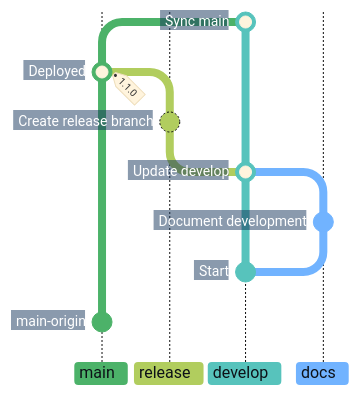
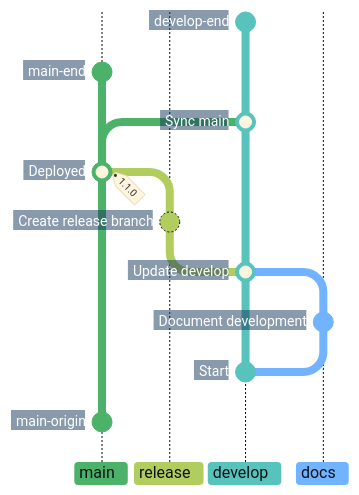
One commit to superhero/operations.superduper.solutions changed the fifth of 7 diagrams in docs/adr/cicd.md. Above: the diagram before and after it, drawn with Mermaid. The commit also changed other lines of this file, not shown here.

First line of the commit message:
docs: show permanent branches continuing beyond final merges

````diff
--- a/docs/adr/cicd.md
+++ b/docs/adr/cicd.md
@@ -188,27 +208,32 @@
 ```mermaid
-%%{init: {"theme": "base", "themeCSS": "line.branch { stroke: #8B949E; stroke-width: 1px; stroke-dasharray: 1 4; stroke-linecap: round; } .branchLabel, .tag-label { font-weight: 700; } .tag-label-bkg, .commit-label-bkg { opacity: 0.9; } .tag-label-bkg { fill: #B8E6C4; stroke: #8ED3A2; } .branchLabelBkg { opacity: 1; clip-path: inset(0 8px 0 0 round 4px) fill-box; } .commit-labels g:nth-last-of-type(-n+2), .commit.main-origin { visibility: hidden; } path.arrow2:not(.arrow2 ~ .arrow2) { filter: drop-shadow(0 50px 0 #57C3BC); } .commit-labels g { transform-box: fill-box; transform-origin: calc(100% + 17px) calc(50% + 2px); transform: rotate(-10deg); } .commit-label { font-weight: 700; transform: translateX(-8px); } .commit-label-bkg { stroke: #17365D; stroke-width: 20px; transform: translateX(-5px); clip-path: polygon(-4px -4px, calc(100% + 4px) -4px, calc(100% + 10px) 50%, calc(100% + 4px) calc(100% + 4px), -4px calc(100% + 4px)) fill-box; } .commit.branch { stroke: #B1CD5E; stroke-dasharray: none; }", "gitGraph": {"showCommitLabel": true, "rotateCommitLabel": false}, "themeVariables": {
+%%{init: {"theme": "base", "themeCSS": "line.branch { stroke: #8B949E; stroke-width: 1px; stroke-dasharray: 1 4; stroke-linecap: round; } .branchLabel, .tag-label { font-weight: 700; } .tag-label-bkg, .commit-label-bkg { opacity: 0.9; } .tag-label-bkg { fill: #B8E6C4; stroke: #8ED3A2; } .branchLabelBkg { opacity: 1; clip-path: inset(0 8px 0 0 round 4px) fill-box; } .commit-labels g:nth-last-of-type(-n+2), .commit.main-origin { visibility: hidden; } path.arrow2:not(.arrow2 ~ .arrow2) { filter: drop-shadow(0 50px 0 #57C3BC); } .commit-labels g:nth-of-type(-n+2), .commit.main-end, .commit.develop-end { visibility: hidden; } .commit-arrows path.arrow0:nth-last-child(2) { filter: drop-shadow(0 -50px 0 #4CB269); } .commit-labels g { transform-box: fill-box; transform-origin: calc(100% + 17px) calc(50% + 2px); transform: rotate(-10deg); } .commit-label { font-weight: 700; transform: translateX(-8px); } .commit-label-bkg { stroke: #17365D; stroke-width: 20px; transform: translateX(-5px); clip-path: polygon(-4px -4px, calc(100% + 4px) -4px, calc(100% + 10px) 50%, calc(100% + 4px) calc(100% + 4px), -4px calc(100% + 4px)) fill-box; } .commit.branch { stroke: #B1CD5E; stroke-dasharray: none; }", "gitGraph": {"showCommitLabel": true, "rotateCommitLabel": false}, "themeVariables": {
     "commitLabelFontSize": "14px", "commitLabelColor": "#FFFFFF", "commitLabelBackground": "#17365D",
     "git0": "#4CB269", "gitBranchLabel0": "#0D1117",
     "git1": "#B1CD5E", "gitBranchLabel1": "#0D1117",
     "git2": "#57C3BC", "gitBranchLabel2": "#0D1117",
     "git3": "#71B3FF", "gitBranchLabel3": "#0D1117"
 }}}%%
 gitGraph BT:
     %% Show existing main and develop lanes with earlier ancestry and initial notes omitted.
     branch develop order: 2
     checkout main
     %% Hide the main marker; extend develop by 50px below its visible docs fork to align the starts.
     commit id: "main-origin"
     checkout develop
     commit id: "Start"
     branch docs order: 3
     commit id: "Document development"
     checkout develop
     merge docs id: "Update develop"
     branch release order: 1
     commit id: "Create release branch"
     checkout main
     merge release id: "Deployed" tag: "1.1.0"
     checkout develop
     merge main id: "Sync main"
+    %% Hidden endpoints continue both permanent branches; extend main by 50px to align the tips.
+    checkout main
+    commit id: "main-end"
+    checkout develop
+    commit id: "develop-end"
 ```
````
